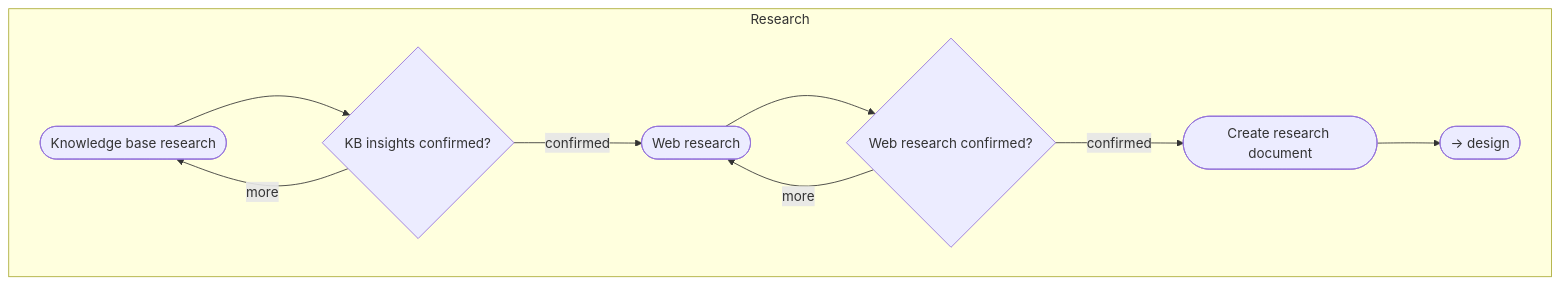
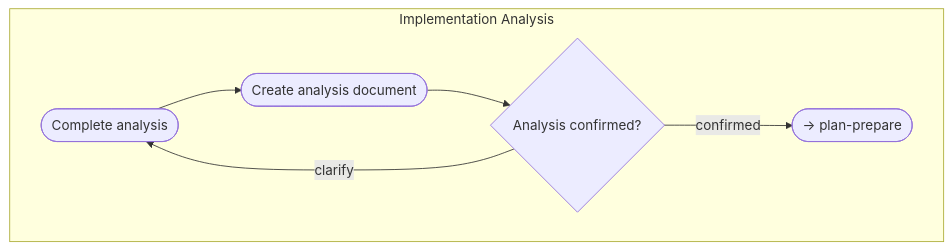
One commit to m2ux/workflow-server changed the sixth of 13 diagrams in work-package/README.md. Above: the diagram before and after it, drawn with Mermaid. The commit also changed other lines of this file and 4 other files, not shown here.

First line of the commit message:
refactor: swap Research and Implementation Analysis order

````diff
--- a/work-package/README.md
+++ b/work-package/README.md
@@ -240,18 +245,12 @@
 ```mermaid
 graph TD
-    subgraph research[Research]
-        rs1([Knowledge base research])
-        rs2([Web research])
-        rs3([Create research document])
-        cp1{KB insights confirmed?}
-        cp2{Web research confirmed?}
+    subgraph implementation-analysis[Implementation Analysis]
+        a1([Complete analysis])
+        a2([Create analysis document])
+        cp1{Analysis confirmed?}
         
-        rs1 --> cp1
-        cp1 -->|confirmed| rs2
-        cp1 -->|more| rs1
-        rs2 --> cp2
-        cp2 -->|confirmed| rs3
-        cp2 -->|more| rs2
-        rs3 --> Next([→ design])
+        a1 --> a2 --> cp1
+        cp1 -->|confirmed| Next([→ plan-prepare])
+        cp1 -->|clarify| a1
     end
 ```
````
